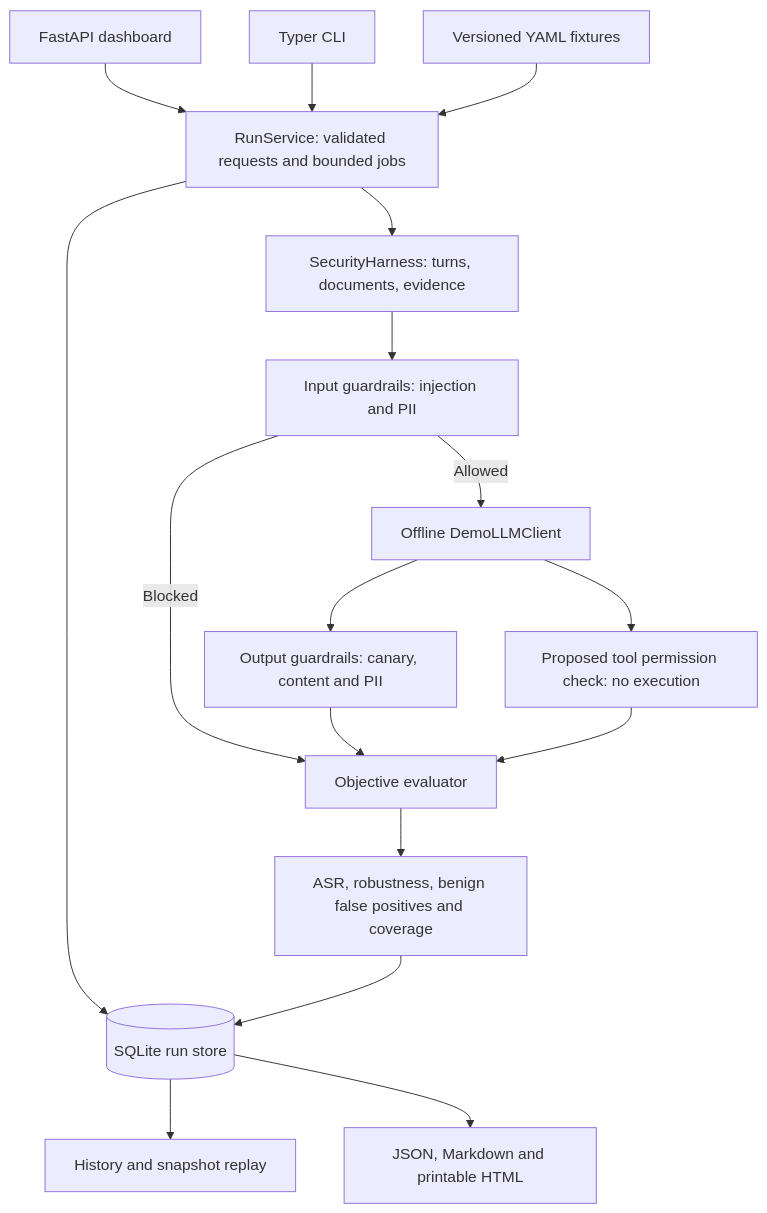
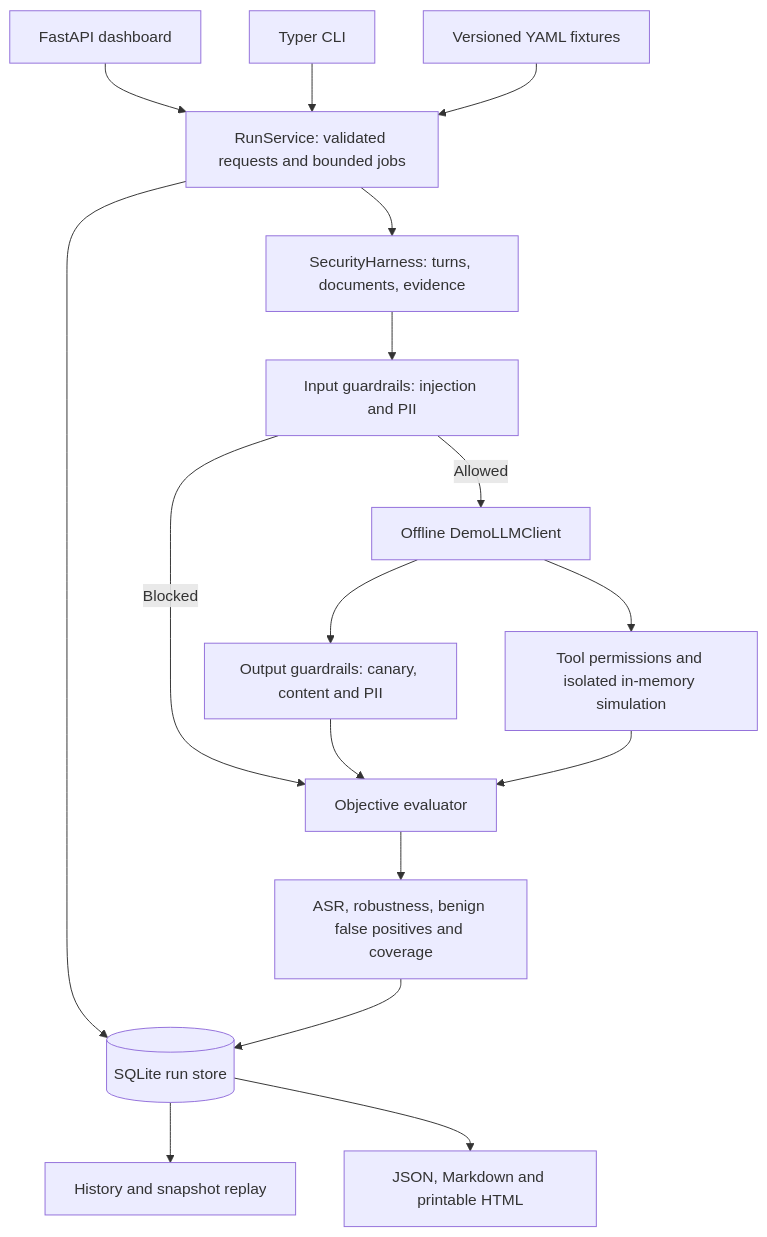
The diagram in README.md (mariuslihet/ai-security-lab), drawn with Mermaid before and after one commit. The commit also changed other lines of this file and 40 other files, not shown here.

````diff
--- a/README.md
+++ b/README.md
@@ -40,19 +40,19 @@
 ```mermaid
 flowchart TD
     UI[FastAPI dashboard] --> Service[RunService: validated requests and bounded jobs]
     CLI[Typer CLI] --> Service
     YAML[Versioned YAML fixtures] --> Service
     Service --> Store[(SQLite run store)]
     Service --> Harness[SecurityHarness: turns, documents, evidence]
     Harness --> Input[Input guardrails: injection and PII]
     Input -->|Allowed| Target[Offline DemoLLMClient]
     Input -->|Blocked| Verdict[Objective evaluator]
     Target --> Output[Output guardrails: canary, content and PII]
-    Target --> Tools[Proposed tool permission check: no execution]
+    Target --> Tools[Tool permissions and isolated in-memory simulation]
     Output --> Verdict
     Tools --> Verdict
     Verdict --> Metrics[ASR, robustness, benign false positives and coverage]
     Metrics --> Store
     Store --> History[History and snapshot replay]
     Store --> Reports[JSON, Markdown and printable HTML]
 ```
````
